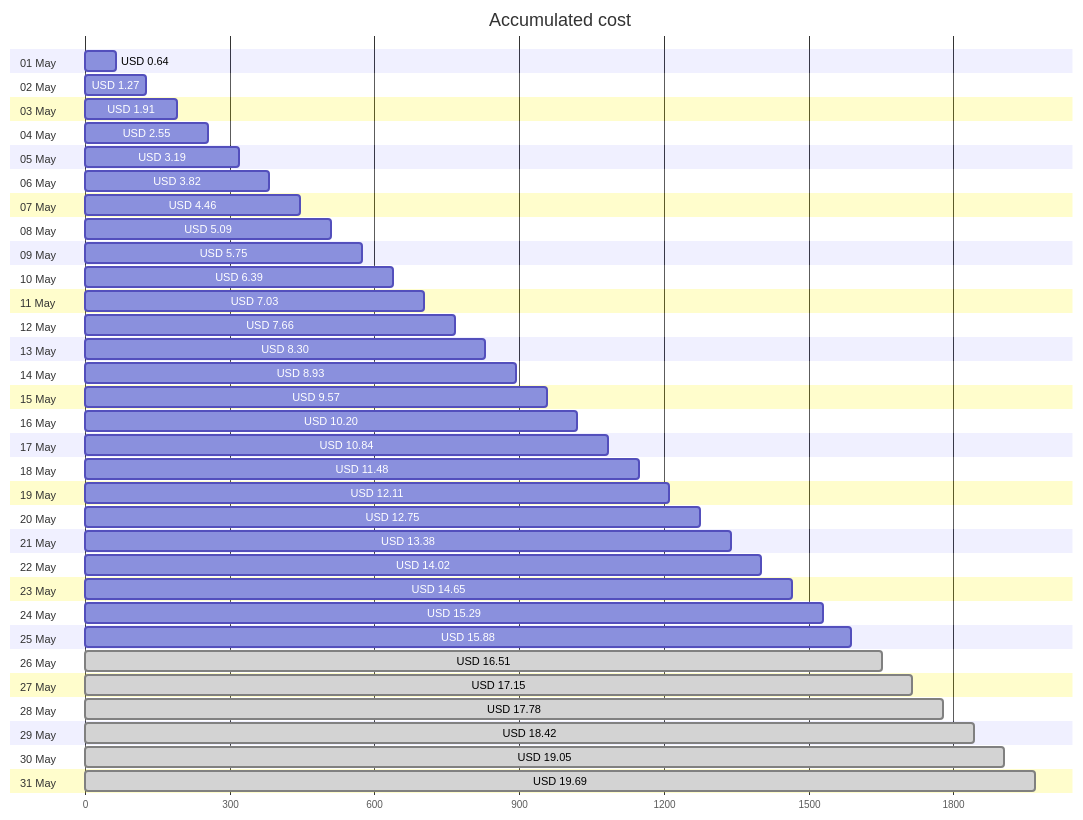
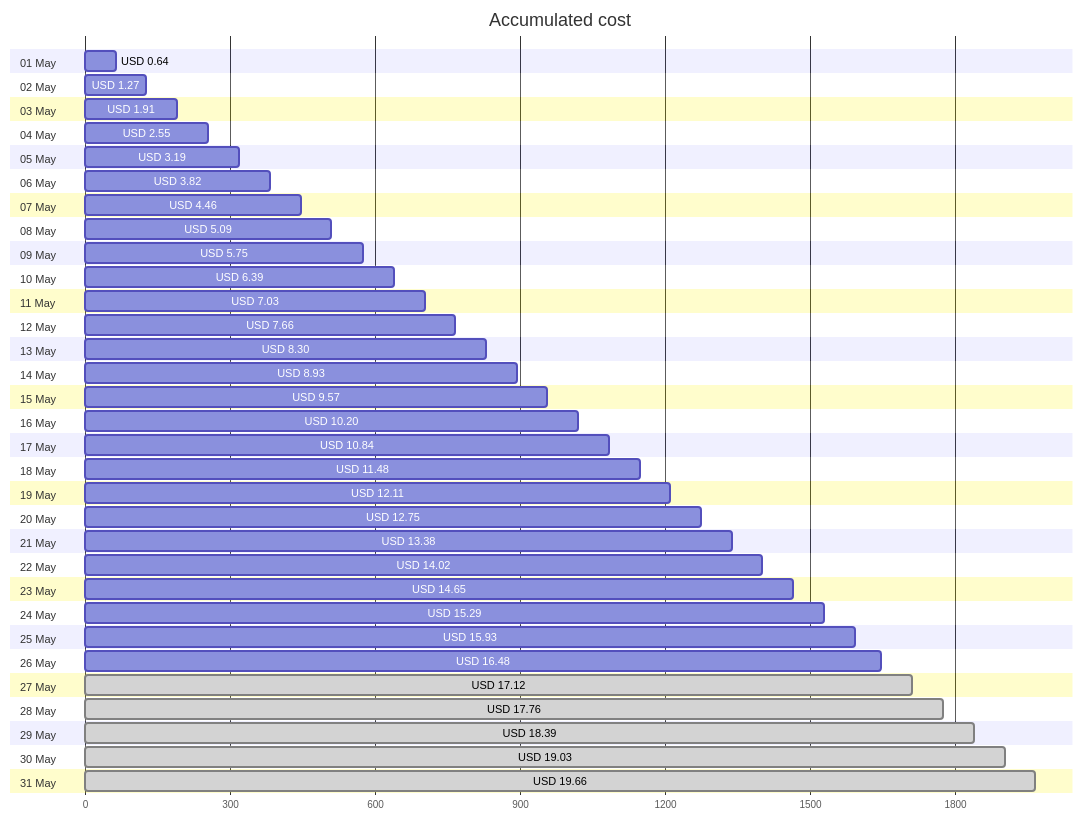
Before and after one commit to jpfulton/azure-personal-reports: the first of 4 diagrams in cost-reports/accumulated-cost.md, drawn with Mermaid. The commit also changed other lines of this file and 4 other files, not shown here.

````diff
--- a/cost-reports/accumulated-cost.md
+++ b/cost-reports/accumulated-cost.md
@@ -20,68 +20,68 @@
 ```mermaid
 gantt
    title Accumulated cost
    dateFormat  X
    axisFormat %s
    section 01 May
    USD 0.64 :0, 64
    section 02 May
    USD 1.27 :0, 127
    section 03 May
    USD 1.91 :0, 191
    section 04 May
    USD 2.55 :0, 255
    section 05 May
    USD 3.19 :0, 319
    section 06 May
    USD 3.82 :0, 382
    section 07 May
    USD 4.46 :0, 446
    section 08 May
    USD 5.09 :0, 509
    section 09 May
    USD 5.75 :0, 575
    section 10 May
    USD 6.39 :0, 639
    section 11 May
    USD 7.03 :0, 703
    section 12 May
    USD 7.66 :0, 766
    section 13 May
    USD 8.30 :0, 830
    section 14 May
    USD 8.93 :0, 893
    section 15 May
    USD 9.57 :0, 957
    section 16 May
    USD 10.20 :0, 1020
    section 17 May
    USD 10.84 :0, 1084
    section 18 May
    USD 11.48 :0, 1148
    section 19 May
    USD 12.11 :0, 1211
    section 20 May
    USD 12.75 :0, 1275
    section 21 May
    USD 13.38 :0, 1338
    section 22 May
    USD 14.02 :0, 1402
    section 23 May
    USD 14.65 :0, 1465
    section 24 May
    USD 15.29 :0, 1529
    section 25 May
-   USD 15.88 :0, 1588
+   USD 15.93 :0, 1593
    section 26 May
-   USD 16.51 : done, 0, 1651
+   USD 16.48 :0, 1648
    section 27 May
-   USD 17.15 : done, 0, 1715
+   USD 17.12 : done, 0, 1712
    section 28 May
-   USD 17.78 : done, 0, 1778
+   USD 17.76 : done, 0, 1776
    section 29 May
-   USD 18.42 : done, 0, 1842
+   USD 18.39 : done, 0, 1839
    section 30 May
-   USD 19.05 : done, 0, 1905
+   USD 19.03 : done, 0, 1903
    section 31 May
-   USD 19.69 : done, 0, 1969
+   USD 19.66 : done, 0, 1966
 ```
````
